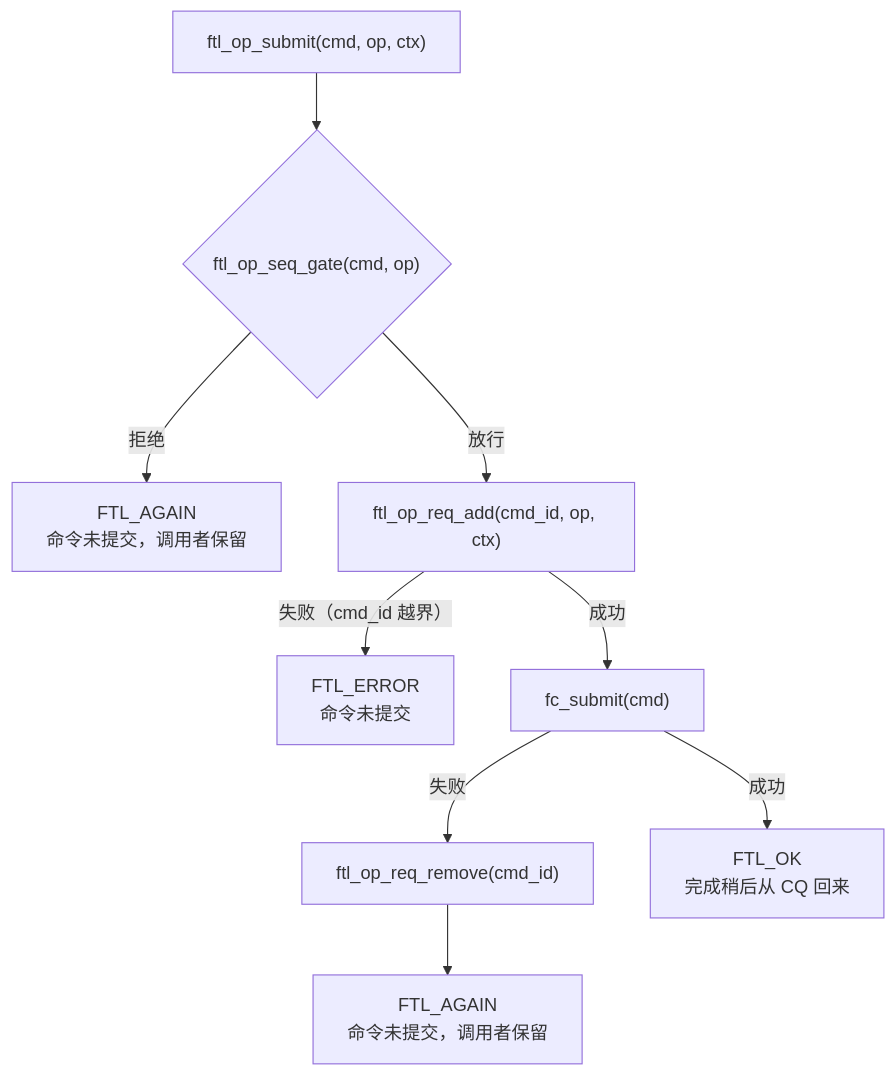
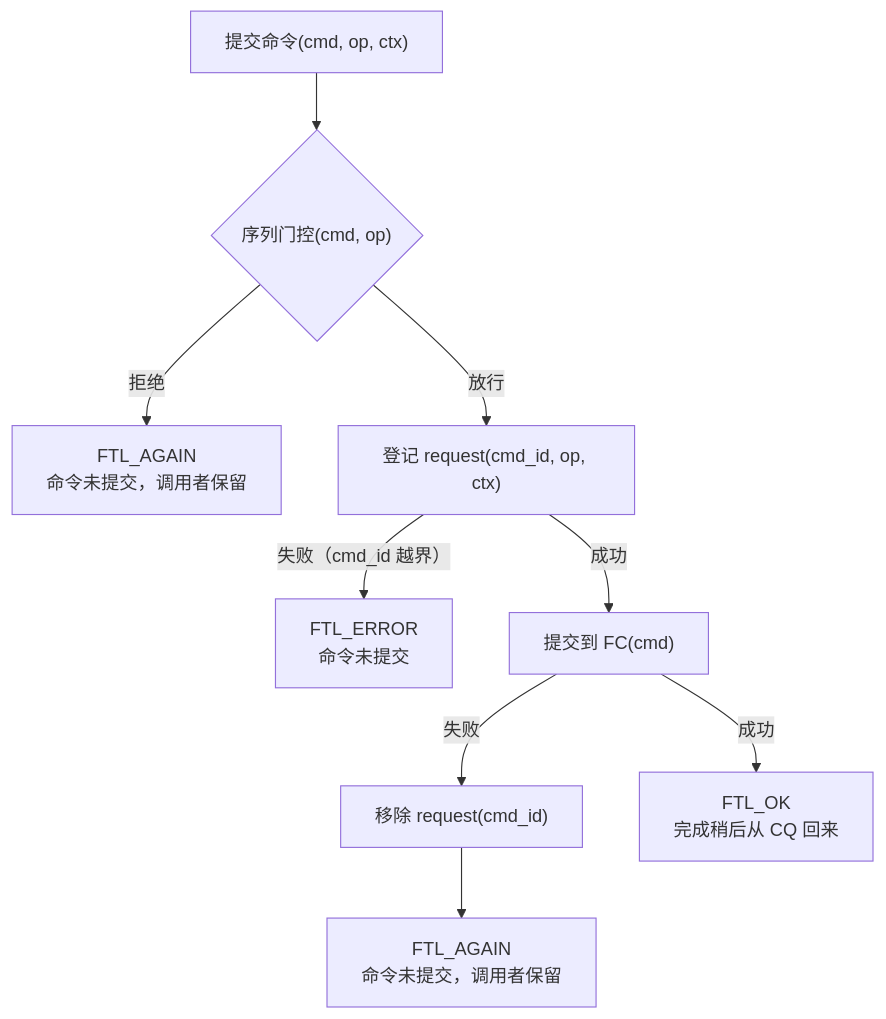
One commit to YzYMIAO/BASESSD changed diagram 18 of 36 in docs/design/ftl_design.md. Above: the diagram before and after it, drawn with Mermaid. The commit also changed other lines of this file and 49 other files, not shown here.

````diff
--- a/docs/design/ftl_design.md
+++ b/docs/design/ftl_design.md
@@ -3122,11 +3047,11 @@
 ```mermaid
 flowchart TD
-    A["ftl_op_submit(cmd, op, ctx)"] --> B{"ftl_op_seq_gate(cmd, op)"}
-    B -- "拒绝" --> R1["FTL_AGAIN<br/>命令未提交，调用者保留"]
-    B -- "放行" --> C["ftl_op_req_add(cmd_id, op, ctx)"]
-    C -- "失败（cmd_id 越界）" --> R2["FTL_ERROR<br/>命令未提交"]
-    C -- "成功" --> G["fc_submit(cmd)"]
-    G -- "失败" --> H["ftl_op_req_remove(cmd_id)"]
-    H --> R3["FTL_AGAIN<br/>命令未提交，调用者保留"]
-    G -- "成功" --> OK["FTL_OK<br/>完成稍后从 CQ 回来"]
+ A["提交命令(cmd, op, ctx)"] --> B{"序列门控(cmd, op)"}
+ B -- "拒绝" --> R1["FTL_AGAIN<br/>命令未提交，调用者保留"]
+ B -- "放行" --> C["登记 request(cmd_id, op, ctx)"]
+ C -- "失败（cmd_id 越界）" --> R2["FTL_ERROR<br/>命令未提交"]
+ C -- "成功" --> G["提交到 FC(cmd)"]
+ G -- "失败" --> H["移除 request(cmd_id)"]
+ H --> R3["FTL_AGAIN<br/>命令未提交，调用者保留"]
+ G -- "成功" --> OK["FTL_OK<br/>完成稍后从 CQ 回来"]
 ```
````
